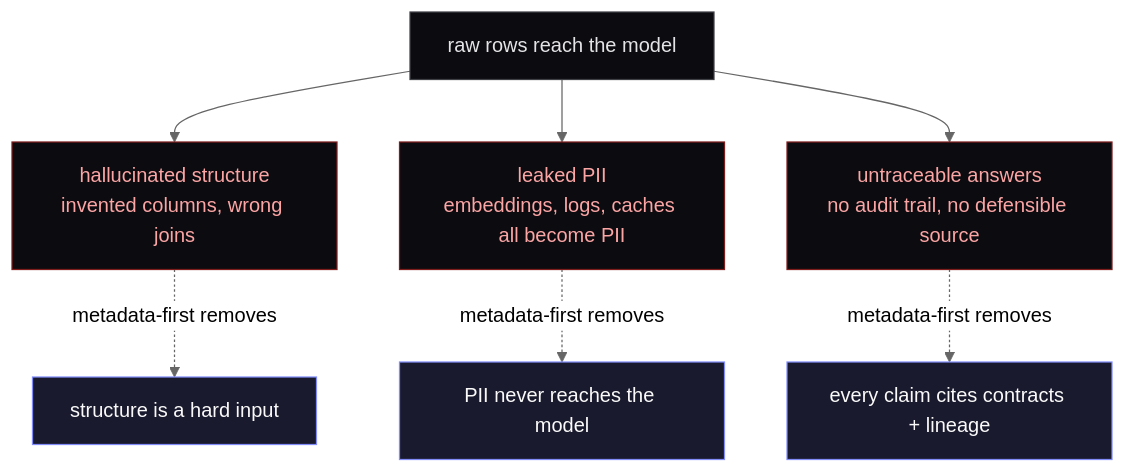
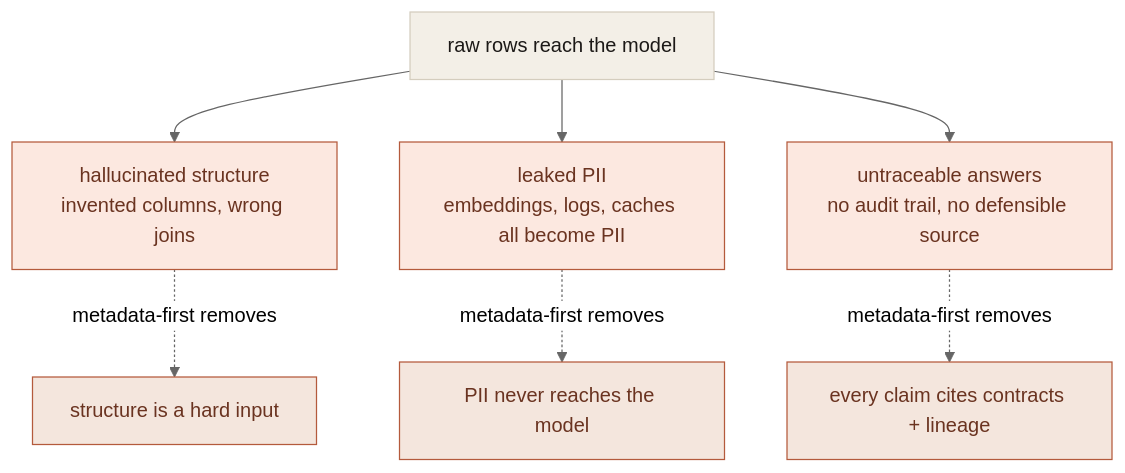
Before and after one commit to sagar8080/sagar8080.github.io: the second of 2 diagrams in content/writing/why-metadata-not-raw-data.mdx, drawn with Mermaid (neutral theme). The commit also changed other lines of this file and 21 other files, not shown here.

````diff
--- a/content/writing/why-metadata-not-raw-data.mdx
+++ b/content/writing/why-metadata-not-raw-data.mdx
@@ -59,15 +59,15 @@
 ```mermaid
 flowchart TB
-  classDef bad fill:#0c0c10,stroke:#7f1d1d,color:#fca5a5
-  classDef plain fill:#0c0c10,stroke:#3f3f46,color:#e4e4e7
-  classDef accent fill:#1a1a2e,stroke:#818cf8,color:#fafafa
+  classDef bad fill:#fce8e0,stroke:#b45a3c,color:#6A3320
+  classDef plain fill:#f3efe7,stroke:#d4cdbe,color:#1c1917
+  classDef accent fill:#f4e6dd,stroke:#b45a3c,color:#6A3320
 
   R[raw rows reach the model]:::plain
   R --> F1[hallucinated structure<br/>invented columns, wrong joins]:::bad
   R --> F2[leaked PII<br/>embeddings, logs, caches all become PII]:::bad
   R --> F3[untraceable answers<br/>no audit trail, no defensible source]:::bad
 
   F1 -. metadata-first removes .-> X1[structure is a hard input]:::accent
   F2 -. metadata-first removes .-> X2[PII never reaches the model]:::accent
   F3 -. metadata-first removes .-> X3[every claim cites contracts + lineage]:::accent
 ```
````
